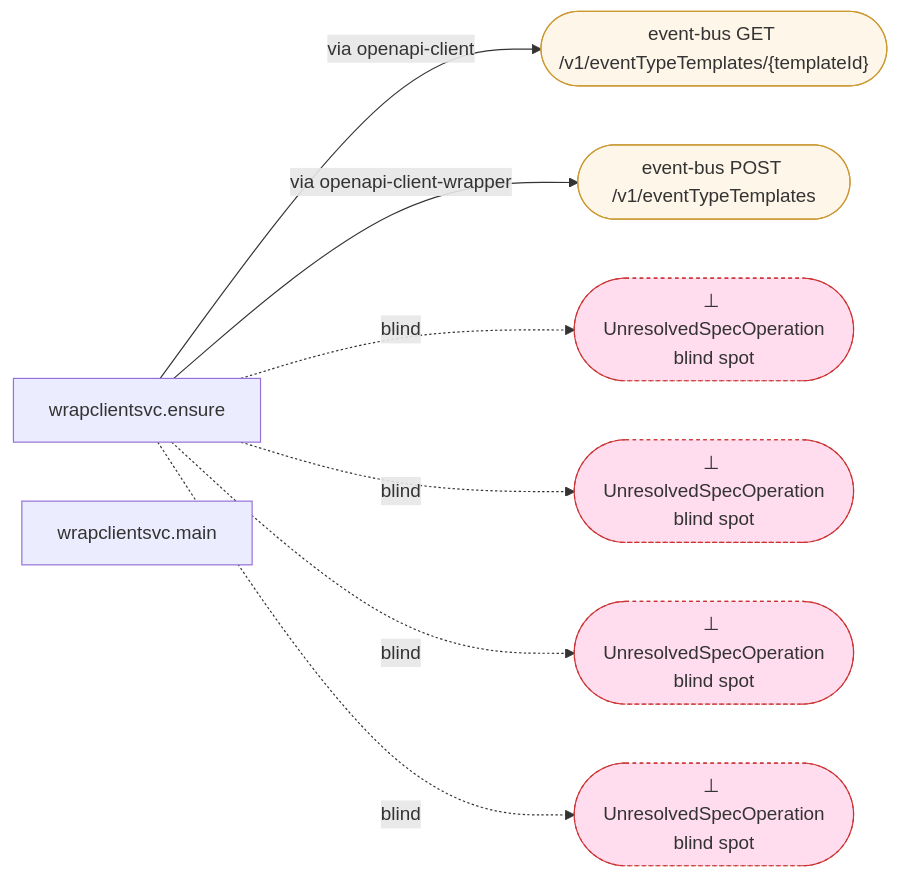
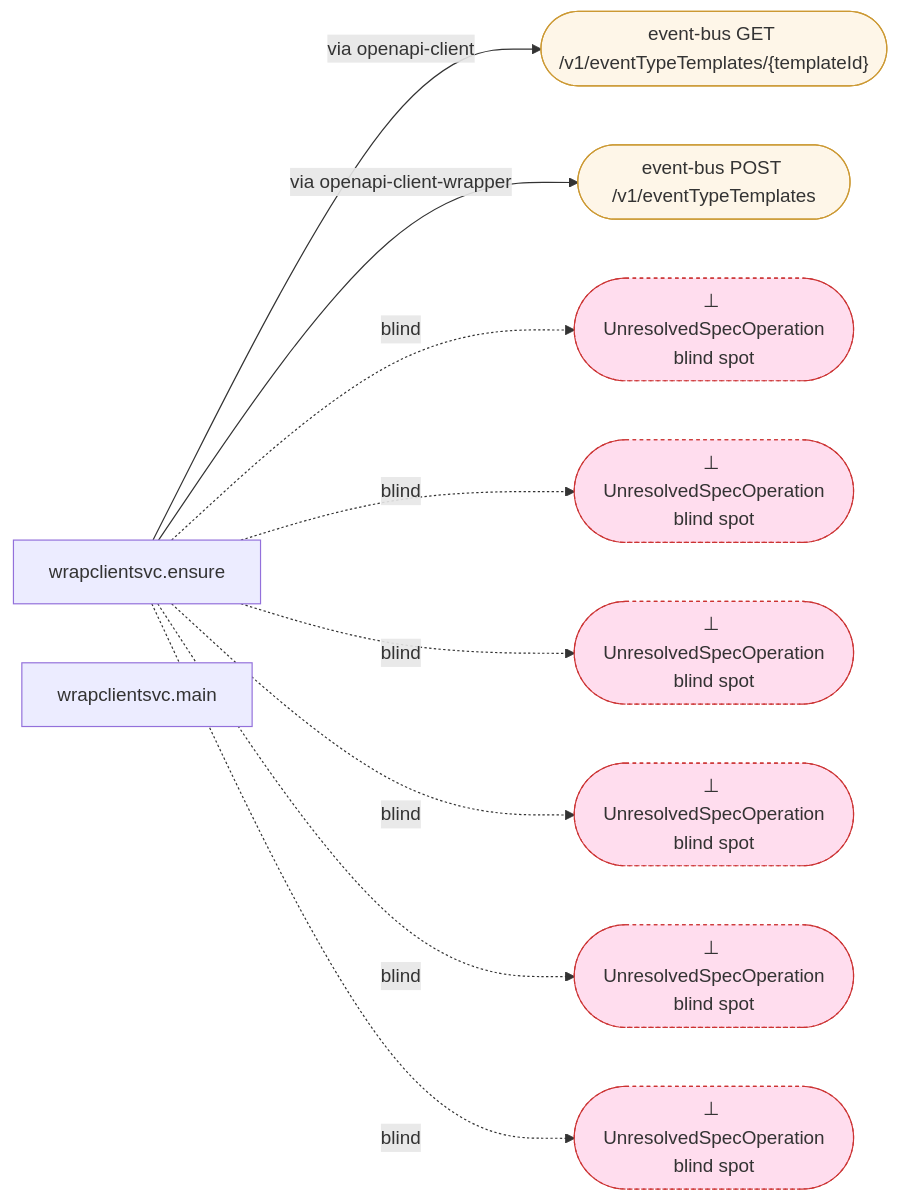
The diagram in internal/static/graphio/testdata/wrapclientsvc.openapi.callgraph.md (jyang234/verdi-go), drawn with Mermaid before and after one commit. The commit also changed 13 other files, not shown here.

First line of the commit message:
flowmap: an incomplete wrapper-descent walk never names; groundwork: refuse control chars in diagram labels

````diff
--- a/internal/static/graphio/testdata/wrapclientsvc.openapi.callgraph.md
+++ b/internal/static/graphio/testdata/wrapclientsvc.openapi.callgraph.md
@@ -1,23 +1,27 @@
 ```mermaid
 flowchart LR
     %% static call graph — scope: whole graph; algo: rta
     wrapclientsvc_ensure["wrapclientsvc.ensure"]
     wrapclientsvc_main["wrapclientsvc.main"]
     external_event_bus_GET__v1_eventTypeTemplates__templateId_(["event-bus GET /v1/eventTypeTemplates/{templateId}"]):::external
     external_event_bus_POST__v1_eventTypeTemplates(["event-bus POST /v1/eventTypeTemplates"]):::external
     blind_UnresolvedSpecOperation(["⊥ UnresolvedSpecOperation<br/>blind spot"]):::blind
     blind_UnresolvedSpecOperation1(["⊥ UnresolvedSpecOperation<br/>blind spot"]):::blind
     blind_UnresolvedSpecOperation2(["⊥ UnresolvedSpecOperation<br/>blind spot"]):::blind
     blind_UnresolvedSpecOperation3(["⊥ UnresolvedSpecOperation<br/>blind spot"]):::blind
+    blind_UnresolvedSpecOperation4(["⊥ UnresolvedSpecOperation<br/>blind spot"]):::blind
+    blind_UnresolvedSpecOperation5(["⊥ UnresolvedSpecOperation<br/>blind spot"]):::blind
     wrapclientsvc_ensure -->|via openapi-client| external_event_bus_GET__v1_eventTypeTemplates__templateId_
     wrapclientsvc_ensure -->|via openapi-client-wrapper| external_event_bus_POST__v1_eventTypeTemplates
     wrapclientsvc_ensure -. blind .-> blind_UnresolvedSpecOperation
     wrapclientsvc_ensure -. blind .-> blind_UnresolvedSpecOperation1
     wrapclientsvc_ensure -. blind .-> blind_UnresolvedSpecOperation2
     wrapclientsvc_ensure -. blind .-> blind_UnresolvedSpecOperation3
+    wrapclientsvc_ensure -. blind .-> blind_UnresolvedSpecOperation4
+    wrapclientsvc_ensure -. blind .-> blind_UnresolvedSpecOperation5
     classDef fallible stroke:#c44,stroke-width:2px
     classDef db fill:#eef,stroke:#66a
     classDef bus fill:#efe,stroke:#5a5
     classDef external fill:#fef6e8,stroke:#c93
     classDef blind fill:#fde,stroke:#c33,stroke-dasharray:3 3
 ```
````
